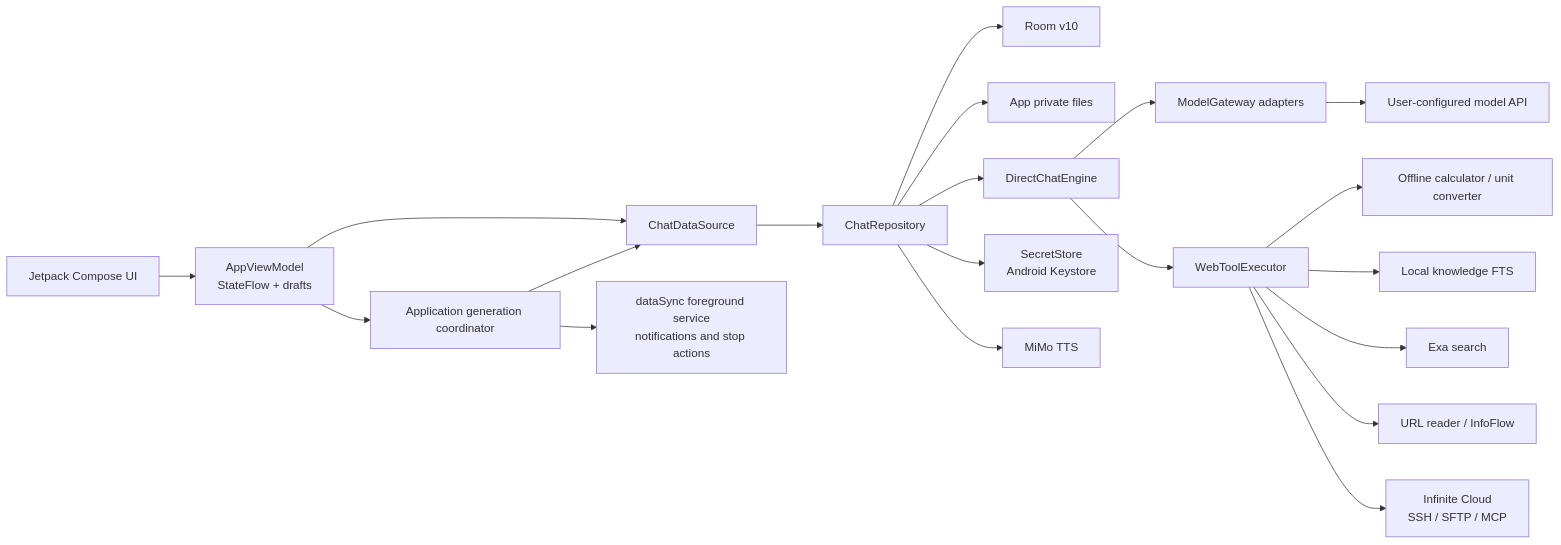
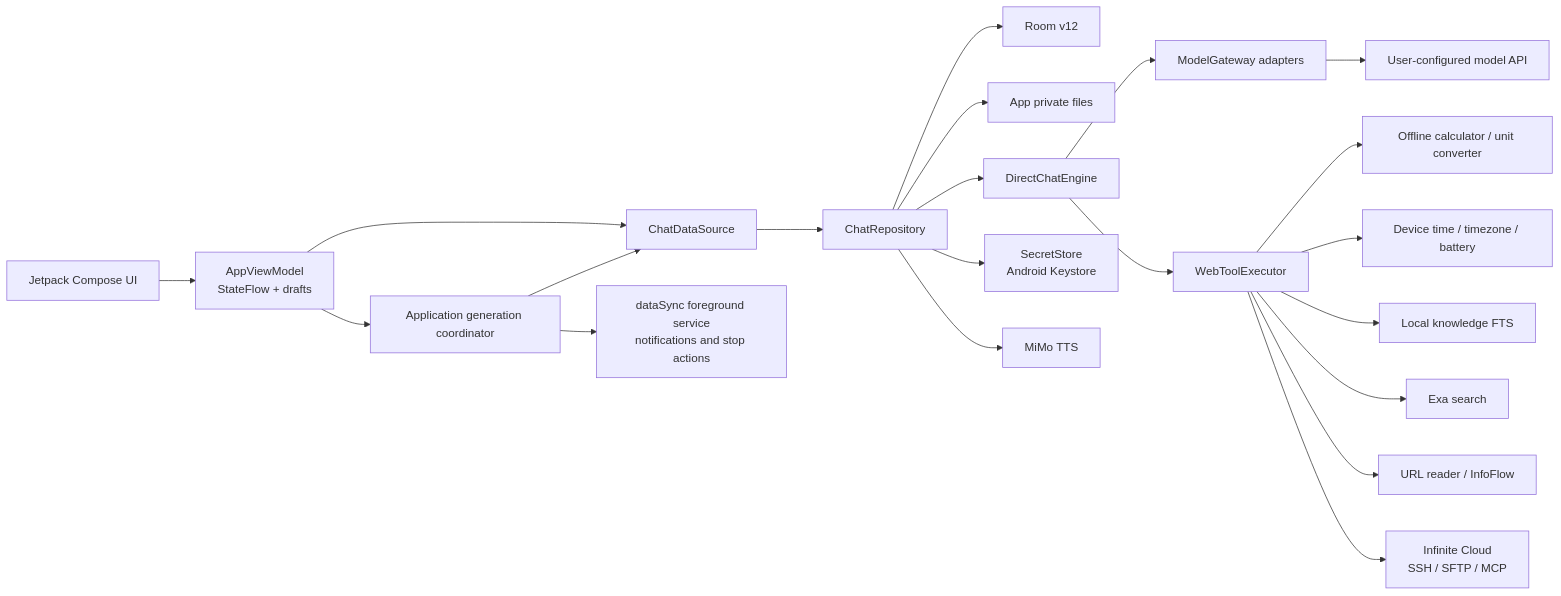
The diagram in docs/ARCHITECTURE.md (mekwenby/TokenFlowApp), drawn with Mermaid before and after one commit. The commit also changed other lines of this file and 51 other files, not shown here.

````diff
--- a/docs/ARCHITECTURE.md
+++ b/docs/ARCHITECTURE.md
@@ -7,22 +7,23 @@
 ```mermaid
 flowchart LR
     UI["Jetpack Compose UI"] --> VM["AppViewModel\nStateFlow + drafts"]
     VM --> DS["ChatDataSource"]
     VM --> Coordinator["Application generation coordinator"]
     Coordinator --> DS
     Coordinator --> FGS["dataSync foreground service\nnotifications and stop actions"]
     DS --> Repo["ChatRepository"]
-    Repo --> DB["Room v10"]
+    Repo --> DB["Room v12"]
     Repo --> Files["App private files"]
     Repo --> Engine["DirectChatEngine"]
     Engine --> Gateway["ModelGateway adapters"]
     Gateway --> Provider["User-configured model API"]
     Engine --> Tools["WebToolExecutor"]
     Tools --> Offline["Offline calculator / unit converter"]
+    Tools --> Device["Device time / timezone / battery"]
     Tools --> KB["Local knowledge FTS"]
     Tools --> Exa["Exa search"]
     Tools --> Reader["URL reader / InfoFlow"]
     Tools --> Cloud["Infinite Cloud\nSSH / SFTP / MCP"]
     Repo --> Secrets["SecretStore\nAndroid Keystore"]
     Repo --> TTS["MiMo TTS"]
 ```
````
